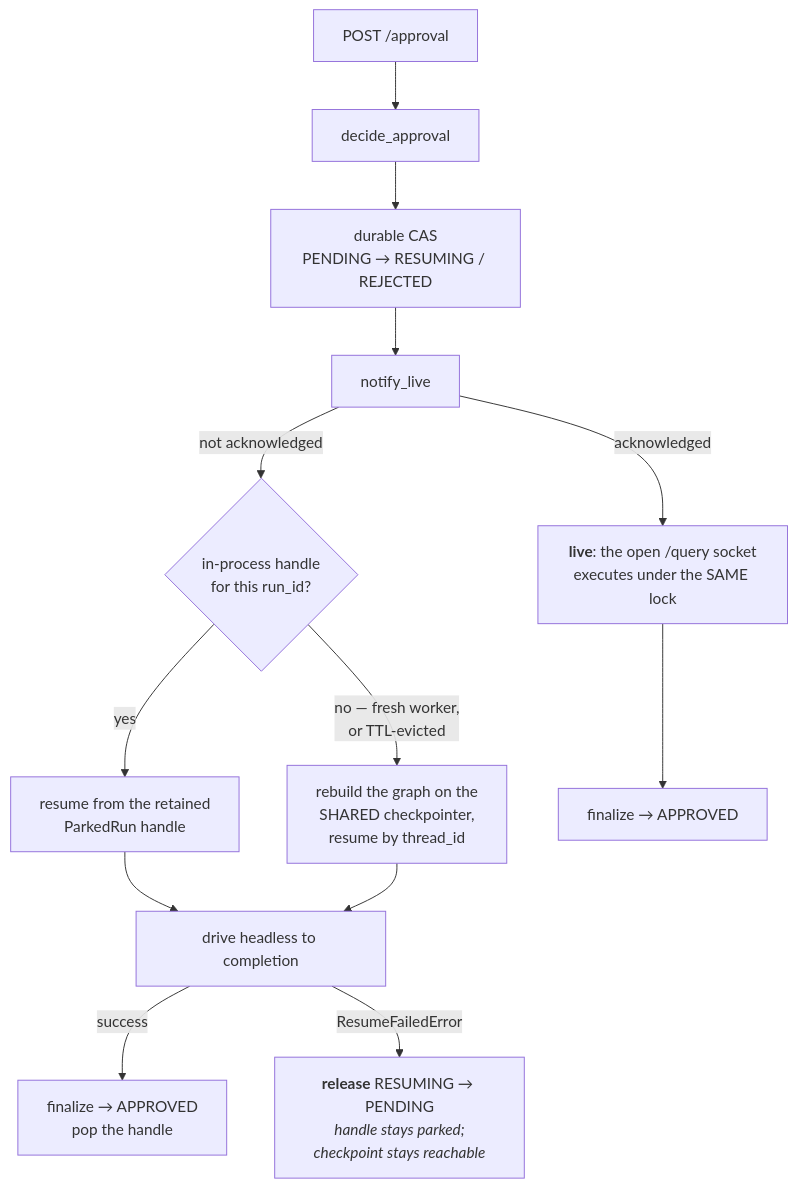
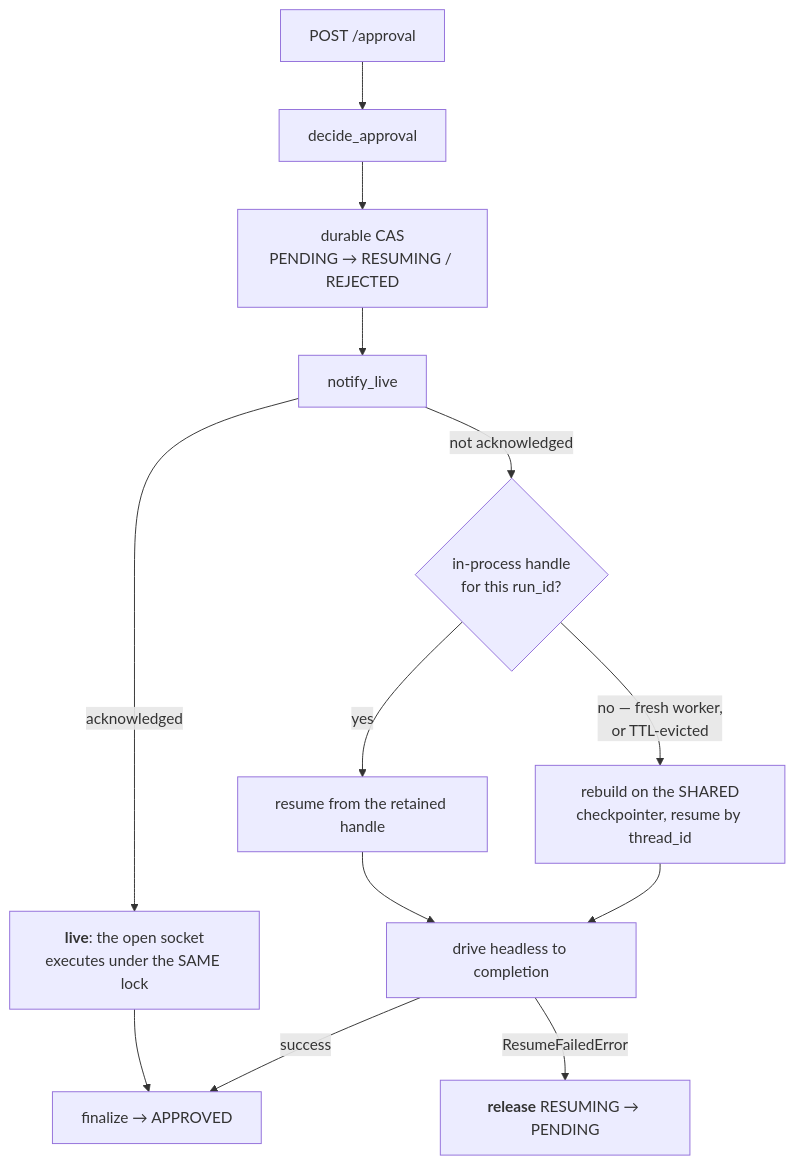
One commit to yrevash/aegis changed the fourth of 5 diagrams in docs/teaching/agent/40-diagrams.md. Above: the diagram before and after it, drawn with Mermaid. The commit also changed other lines of this file and 111 other files, not shown here.

````diff
--- a/docs/teaching/agent/40-diagrams.md
+++ b/docs/teaching/agent/40-diagrams.md
@@ -167,19 +138,19 @@
 ```mermaid
 flowchart TB
     DEC["POST /approval"] --> RES["decide_approval"]
     RES --> CAS["durable CAS<br/>PENDING → RESUMING / REJECTED"]
     CAS --> NL["notify_live"]
 
-    NL -->|"acknowledged"| A["<b>live</b>: the open /query socket<br/>executes under the SAME lock"]
+    NL -->|"acknowledged"| A["<b>live</b>: the open socket<br/>executes under the SAME lock"]
     NL -->|"not acknowledged"| B{"in-process handle<br/>for this run_id?"}
 
-    B -->|yes| B1["resume from the retained<br/>ParkedRun handle"]
-    B -->|"no — fresh worker,<br/>or TTL-evicted"| B2["rebuild the graph on the<br/>SHARED checkpointer,<br/>resume by thread_id"]
+    B -->|yes| B1["resume from the retained handle"]
+    B -->|"no — fresh worker,<br/>or TTL-evicted"| B2["rebuild on the SHARED<br/>checkpointer, resume by thread_id"]
 
     B1 --> DRIVE
     B2 --> DRIVE["drive headless to completion"]
-    DRIVE -->|success| FIN["finalize → APPROVED<br/>pop the handle"]
-    DRIVE -->|"ResumeFailedError"| REL["<b>release</b> RESUMING → PENDING<br/><i>handle stays parked;<br/>checkpoint stays reachable</i>"]
+    DRIVE -->|success| FIN["finalize → APPROVED"]
+    DRIVE -->|"ResumeFailedError"| REL["<b>release</b> RESUMING → PENDING"]
 
-    A --> FIN2["finalize → APPROVED"]
+    A --> FIN
 ```
````
